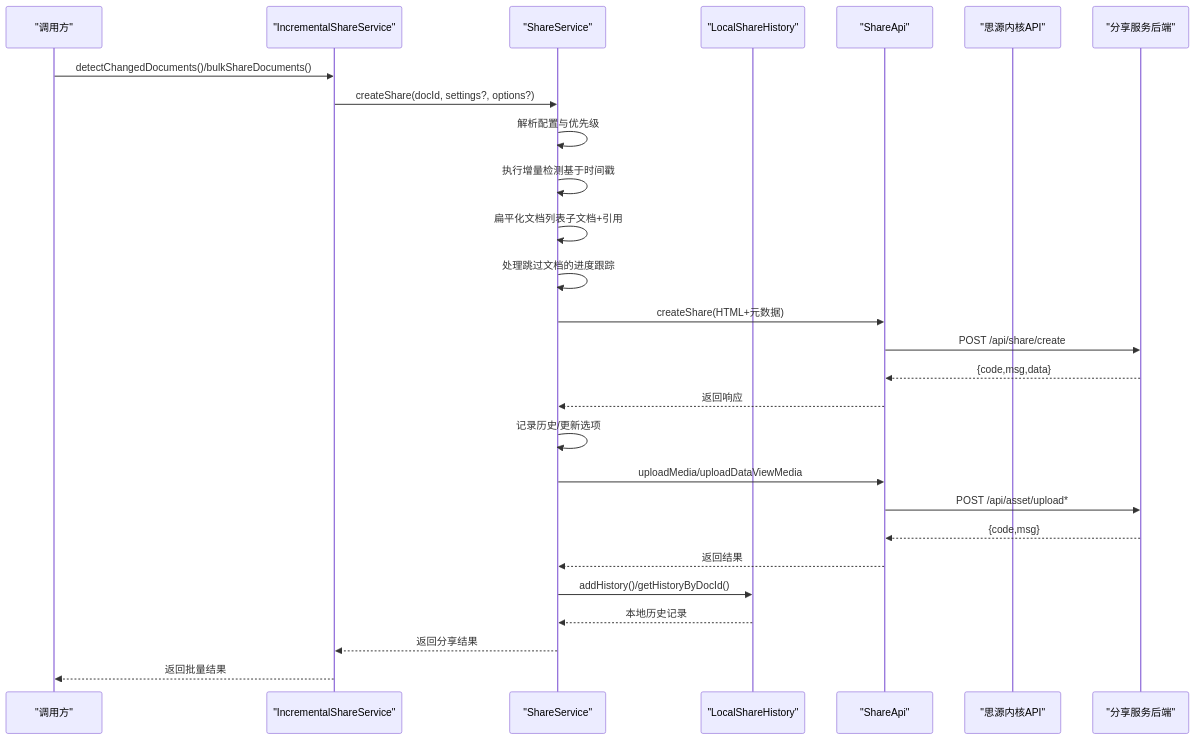
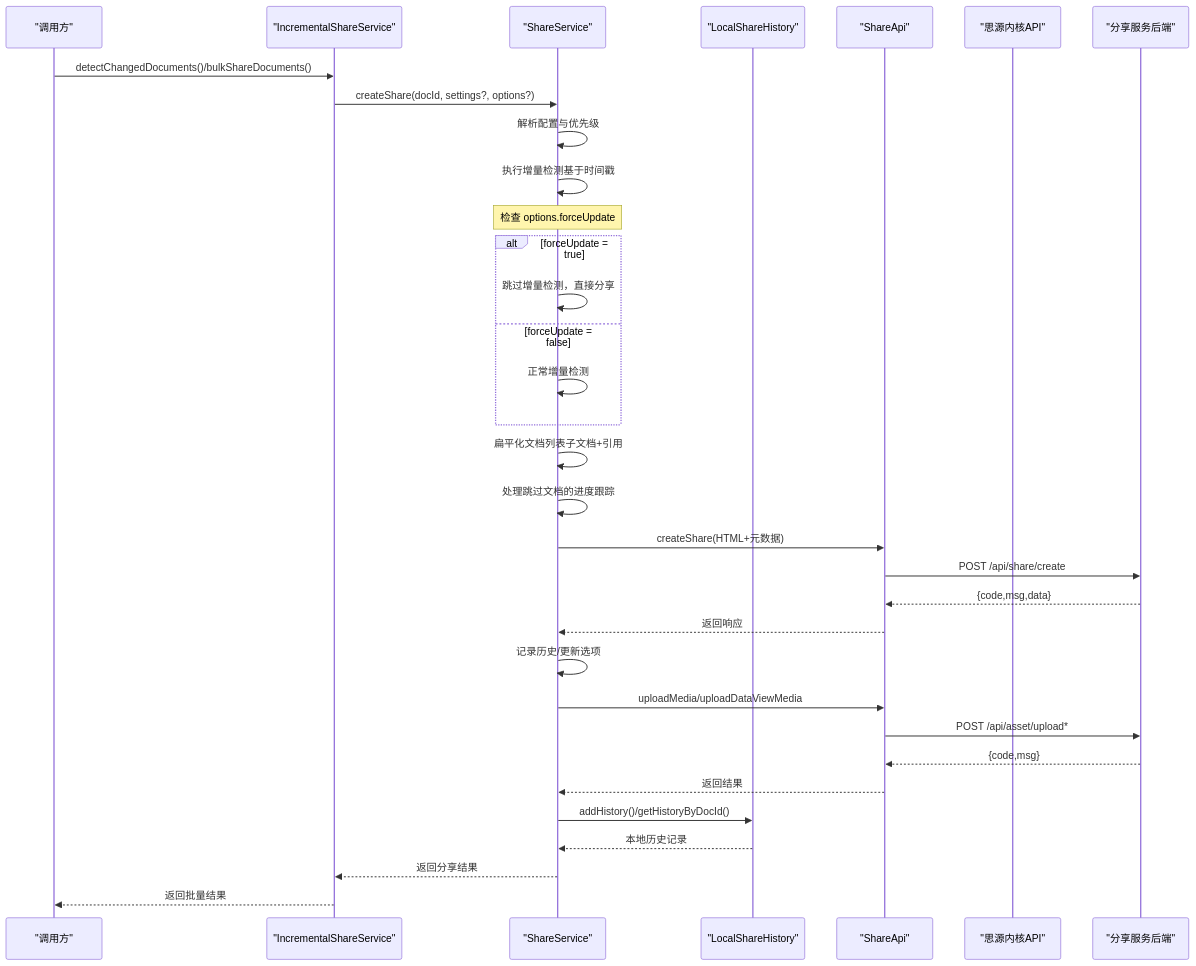
One commit to terwerinc/siyuan-plugin-share-pro changed the second of 3 diagrams in .qoder/repowiki/zh/content/架构设计/服务层架构/分享服务 (ShareService).md. Above: the diagram before and after it, drawn with Mermaid. The commit also changed other lines of this file and 5 other files, not shown here.

````diff
--- a/.qoder/repowiki/zh/content/架构设计/服务层架构/分享服务 (ShareService).md
+++ b/.qoder/repowiki/zh/content/架构设计/服务层架构/分享服务 (ShareService).md
@@ -162,29 +158,35 @@
 ```mermaid
 sequenceDiagram
 participant Caller as "调用方"
 participant ISS as "IncrementalShareService"
 participant SS as "ShareService"
 participant LSH as "LocalShareHistory"
 participant SA as "ShareApi"
 participant Kernel as "思源内核API"
 participant Svc as "分享服务后端"
 Caller->>ISS : detectChangedDocuments()/bulkShareDocuments()
 ISS->>SS : createShare(docId, settings?, options?)
 SS->>SS : 解析配置与优先级
 SS->>SS : 执行增量检测基于时间戳
+Note over SS : 检查 options.forceUpdate
+alt forceUpdate = true
+SS->>SS : 跳过增量检测，直接分享
+else forceUpdate = false
+SS->>SS : 正常增量检测
+end
 SS->>SS : 扁平化文档列表子文档+引用
 SS->>SS : 处理跳过文档的进度跟踪
 SS->>SA : createShare(HTML+元数据)
 SA->>Svc : POST /api/share/create
 Svc-->>SA : {code,msg,data}
 SA-->>SS : 返回响应
 SS->>SS : 记录历史/更新选项
 SS->>SA : uploadMedia/uploadDataViewMedia
 SA->>Svc : POST /api/asset/upload*
 Svc-->>SA : {code,msg}
 SA-->>SS : 返回结果
 SS->>LSH : addHistory()/getHistoryByDocId()
 LSH-->>SS : 本地历史记录
 SS-->>ISS : 返回分享结果
 ISS-->>Caller : 返回批量结果
 ```
````
